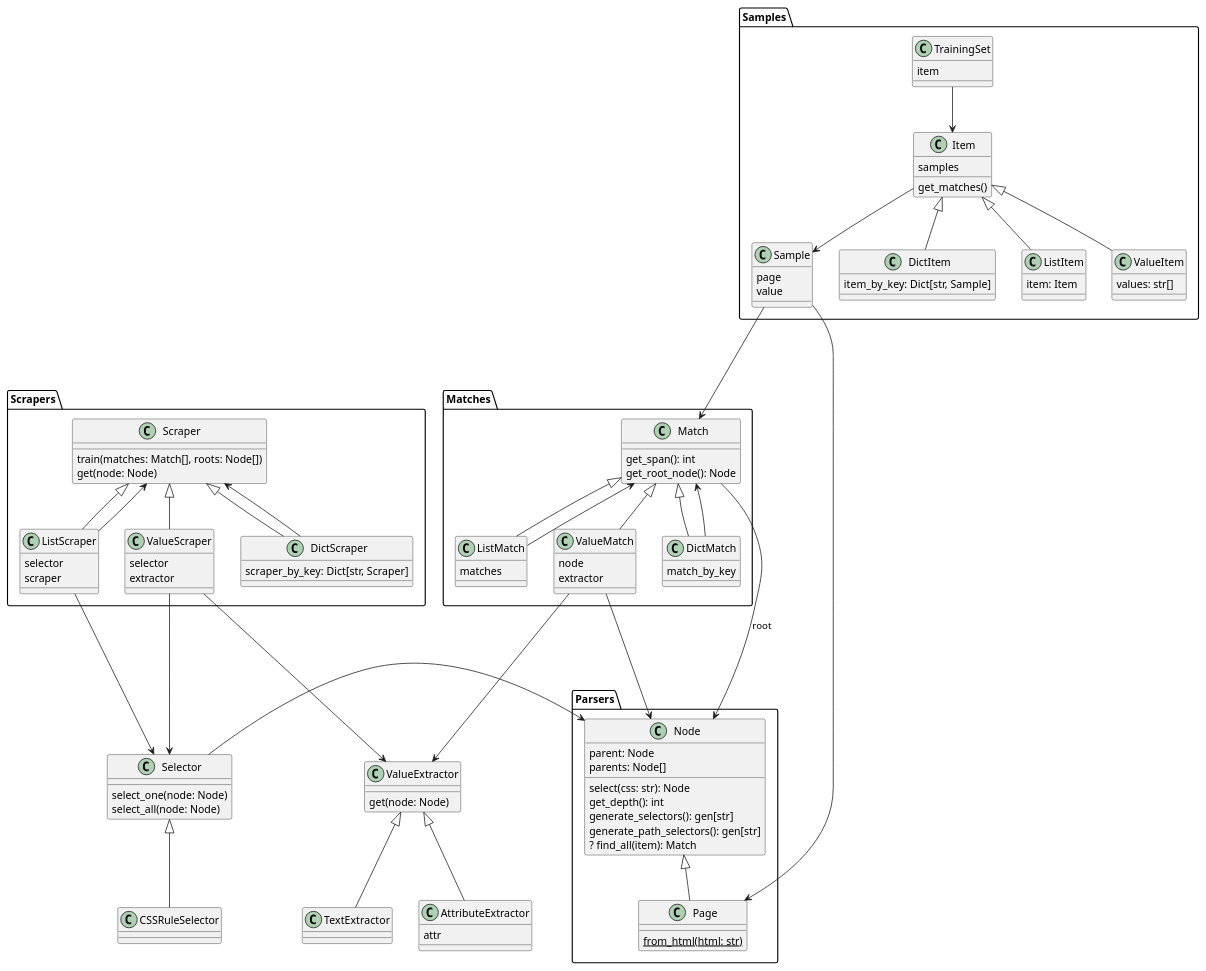
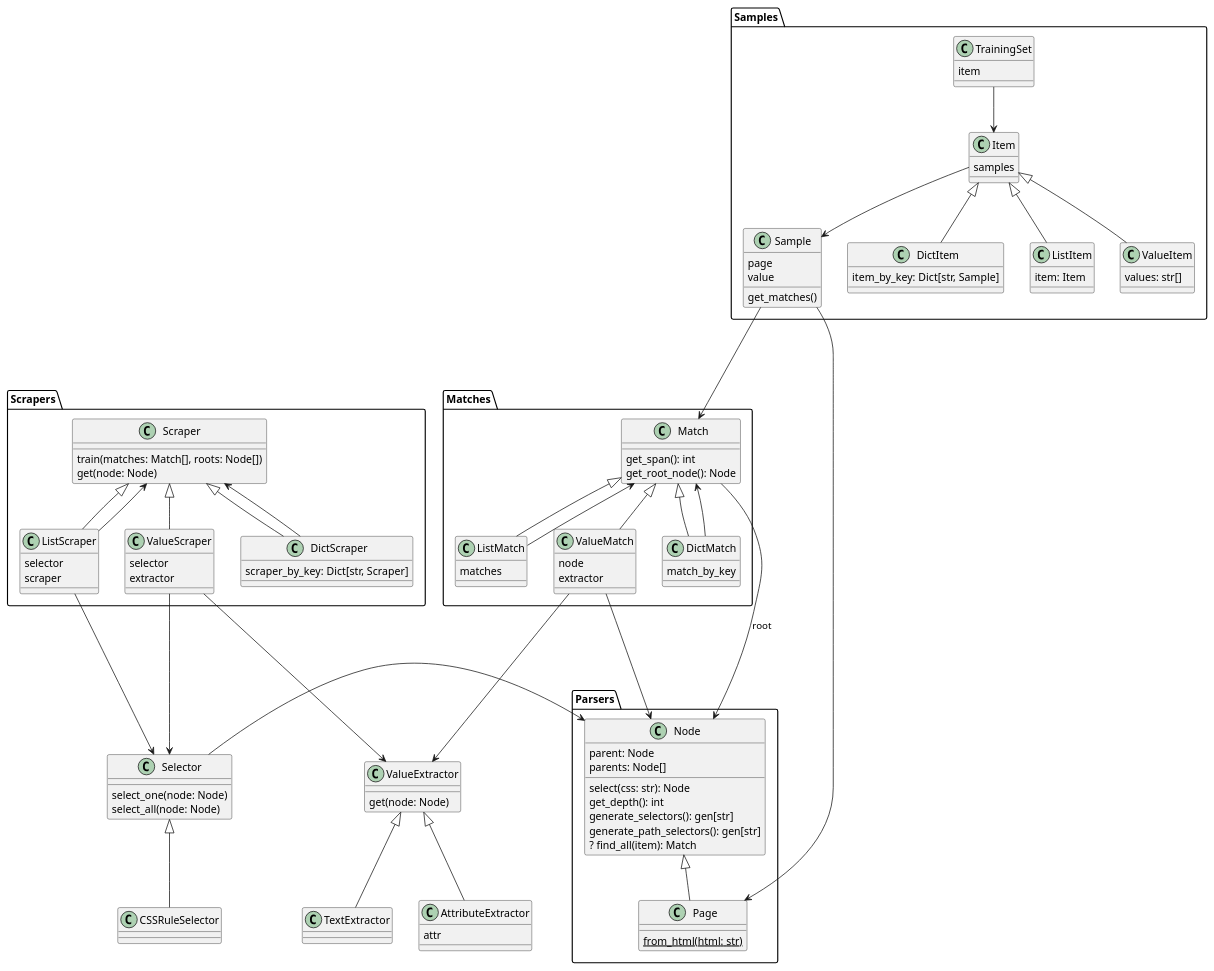
The diagram in docs/classes.plantuml (lorey/mlscraper-experiments), drawn with PlantUML before and after one commit. The commit also changed 4 other files, not shown here.

```diff
--- a/docs/classes.plantuml
+++ b/docs/classes.plantuml
@@ -1,125 +1,125 @@
 @startuml
 package Parsers {
     class Node
     Node : parent: Node
     Node : parents: Node[]
     Node : select(css: str): Node
     Node : get_depth(): int
     Node : generate_selectors(): gen[str]
     Node : generate_path_selectors(): gen[str]
     Node : ? find_all(item): Match
 
     class Page
     Page : {static} from_html(html: str)
 
     Node <|-- Page
 }
 
 class Selector
 Selector : select_one(node: Node)
 Selector : select_all(node: Node)
 Selector -> Node
 
 class CSSRuleSelector
 
 Selector <|-- CSSRuleSelector
 
 package Samples {
     class TrainingSet
     TrainingSet : item
 
     class Item
     Item : samples
-    Item : get_matches()
 
     class Sample
     Sample : page
     Sample : value
+    Sample : get_matches()
 
     class DictItem
     DictItem : item_by_key: Dict[str, Sample]
 
     class ListItem
     ListItem : item: Item
 
     class ValueItem
     ValueItem : values: str[]
 }
 Item --> Sample
 TrainingSet --> Item
 Item <|-- DictItem
 Item <|-- ListItem
 Item <|-- ValueItem
 
 Sample --> Page
 
 package Matches{
     class Match
     Match : get_span(): int
     Match : get_root_node(): Node
 
     class DictMatch
     DictMatch : match_by_key
     DictMatch --> Match
 
     class ListMatch
     ListMatch : matches
     ListMatch --> Match
 
     class ValueMatch
     ValueMatch : node
     ValueMatch : extractor
 }
 
 Match ---> Node : root
 
 ValueMatch ---> Node
 
 Match <|-- DictMatch
 Match <|-- ListMatch
 Match <|-- ValueMatch
 
 Sample ---> Match
 
 package Scrapers {
     class Scraper
     Scraper : train(matches: Match[], roots: Node[])
     Scraper : get(node: Node)
 
     class DictScraper
     DictScraper : scraper_by_key: Dict[str, Scraper]
     DictScraper --> Scraper
 
     class ListScraper
     ListScraper : selector
     ListScraper : scraper
     ListScraper --> Scraper
 
     class ValueScraper
     ValueScraper : selector
     ValueScraper : extractor
 }
 
 ValueScraper ---> Selector
 ListScraper ---> Selector
 
 class ValueExtractor
 ValueExtractor : get(node: Node)
 
 class AttributeExtractor
 AttributeExtractor : attr
 
 class TextExtractor
 
 Scraper <|-- DictScraper
 Scraper <|-- ListScraper
 Scraper <|-- ValueScraper
 ValueScraper ---> ValueExtractor
 
 ValueExtractor <|--  AttributeExtractor
 ValueExtractor <|--  TextExtractor
 
 ValueMatch --> ValueExtractor
 
 
 @enduml
```
